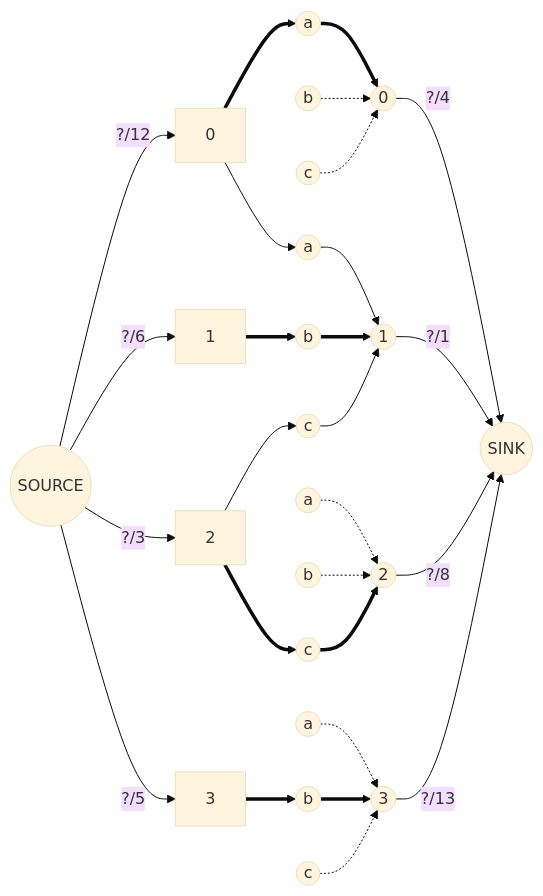
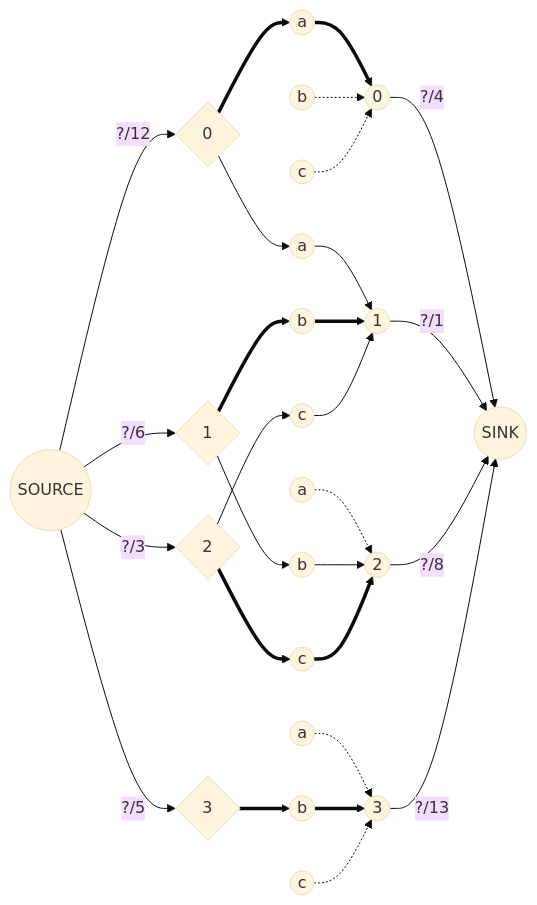
One commit to bfeitknecht/vault changed the second of 2 diagrams in vault/sem2/AuW/UE/cx/bf/cx09-bf.md. Above: the diagram before and after it, drawn with Mermaid (base theme).

Commit message:
vault backup: 2024-05-18 21:38:37 from MacBook Pro (echo)
Affected files:
vault/sem2/AuW/UE/cx/bf/cx09-bf.md

````diff
--- a/vault/sem2/AuW/UE/cx/bf/cx09-bf.md
+++ b/vault/sem2/AuW/UE/cx/bf/cx09-bf.md
@@ -22,68 +22,63 @@
 ```mermaid
 flowchart LR
 
 idF(("SOURCE"))
 idT(("SINK"))
 
-idf0[0]
-idf1[1]
-idf2[2]
-idf3[3]
+idf0{0}
+idf1{1}
+idf2{2}
+idf3{3}
 
 id0a((a))
 id0b((b))
 id0c((c))
 
 id1a((a))
 id1b((b))
 id1c((c))
 
 id2a((a))
 id2b((b))
 id2c((c))
 
 id3a((a))
 id3b((b))
 id3c((c))
 
 idt0((0))
 idt1((1))
 idt2((2))
 idt3((3))
 
 %%%%%%%%%%%%%%%%%%%%%%%%%%%%%%%%%%%%%%%%%%%%
 
 idF -->|"?/12"| idf0 
 idF -->|"?/6"| idf1
 idF -->|"?/3"| idf2
 idF -->|"?/5"| idf3
 
 idt0 -->|"?/4"| idT 
 idt1 -->|"?/1"| idT
 idt2 -->|"?/8"| idT
 idt3 -->|"?/13"| idT
 
 
 idf0 ==> id0a ==> idt0
 id0b -.-> idt0
 id0c -.-> idt0
 
 idf0 --> id1a --> idt1
 idf1 ==> id1b ==> idt1
 idf2 --> id1c --> idt1
 
 id2a -.-> idt2
-id2b -.-> idt2
+idf1 --> id2b --> idt2
 idf2 ==> id2c ==> idt2
 
 id3a -.-> idt3
 idf3 ==> id3b ==> idt3
 id3c -.-> idt3
 
 
-
-%%idf0 --> id1a
-%%idf1 --> id2b
-%%idf2 --> id1c
-%%idf3 --> id3a
 ```
````
